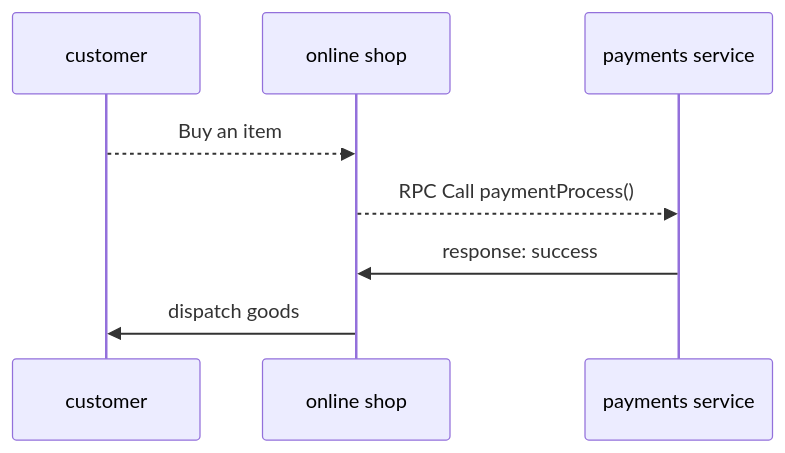
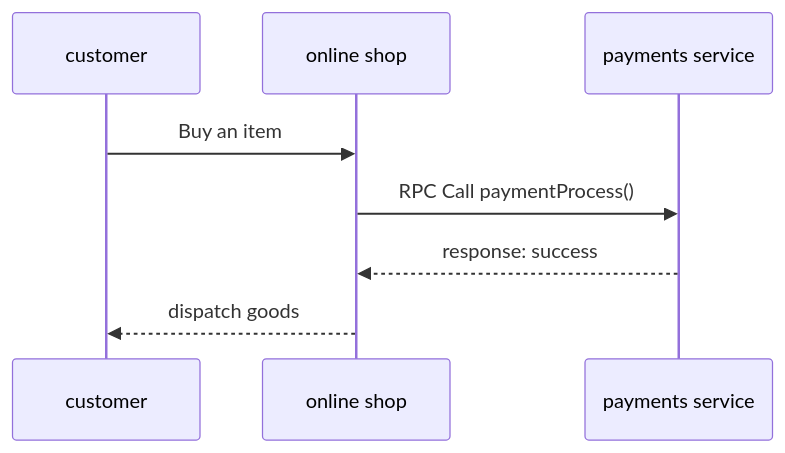
One commit to stoitec/digital-garden changed the second of 2 diagrams in content/all about distributed system/two generals problem.md. Above: the diagram before and after it, drawn with Mermaid. The commit also changed other lines of this file and 2 other files, not shown here.

````diff
--- a/content/all about distributed system/two generals problem.md
+++ b/content/all about distributed system/two generals problem.md
@@ -29,7 +29,7 @@
 ```mermaid
 sequenceDiagram
-    customer -->> online shop: Buy an item
-    online shop -->> payments service: RPC Call paymentProcess()
-    payments service ->> online shop: response: success
-	online shop ->> customer: dispatch goods
+    customer ->> online shop: Buy an item
+    online shop ->> payments service: RPC Call paymentProcess()
+    payments service -->> online shop: response: success
+	online shop -->> customer: dispatch goods
 ```
````
